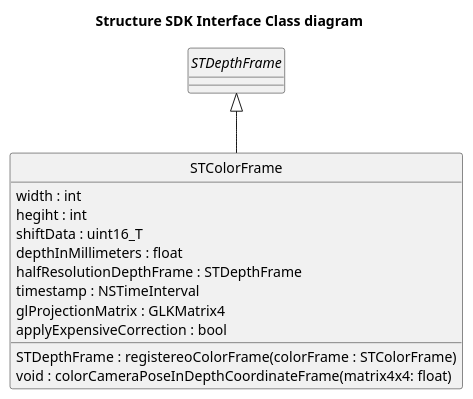
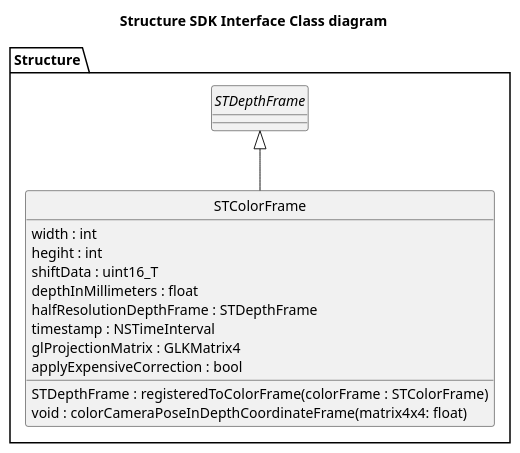
One commit to julienlemonde/PFE2018-AR changed the diagram in rapport/StructureClassDiagram.puml. Above: the diagram before and after it, drawn with PlantUML. The commit also changed 1 other file, not shown here.

Commit message:
Start Structure Header class diagram

```diff
--- a/rapport/StructureClassDiagram.puml
+++ b/rapport/StructureClassDiagram.puml
@@ -1,24 +1,26 @@
 @startuml
 skinparam style strictuml
 title Structure SDK Interface Class diagram
 
+package Structure {
 class STColorFrame {
     width : int
     hegiht : int
     shiftData : uint16_T
     depthInMillimeters : float
     halfResolutionDepthFrame : STDepthFrame
     timestamp : NSTimeInterval
     glProjectionMatrix : GLKMatrix4
     applyExpensiveCorrection : bool
-    STDepthFrame : registereoColorFrame(colorFrame : STColorFrame)
+    STDepthFrame : registeredToColorFrame(colorFrame : STColorFrame)
     void : colorCameraPoseInDepthCoordinateFrame(matrix4x4: float)
 }
 
 interface STDepthFrame {
-    
+
+}
 }
 
 STDepthFrame <|-down- STColorFrame
 
 @enduml
```
